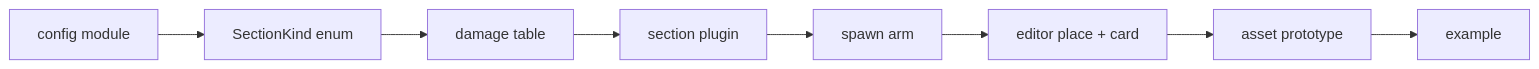
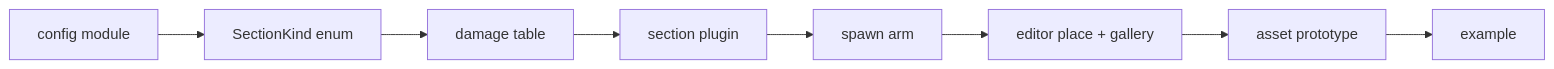
Before and after one commit to alexjercan/nova-protocol: the diagram in web/src/wiki/dev/guide-add-section.md, drawn with Mermaid. The commit also changed other lines of this file and 37 other files, not shown here.

````diff
--- a/web/src/wiki/dev/guide-add-section.md
+++ b/web/src/wiki/dev/guide-add-section.md
@@ -25,10 +25,10 @@
 ```mermaid
 flowchart LR
     A[config module] --> B[SectionKind enum]
     B --> C[damage table]
     C --> D[section plugin]
     D --> E[spawn arm]
-    E --> F[editor place + card]
+    E --> F[editor place + gallery]
     F --> G[asset prototype]
     G --> H[example]
 ```
````
